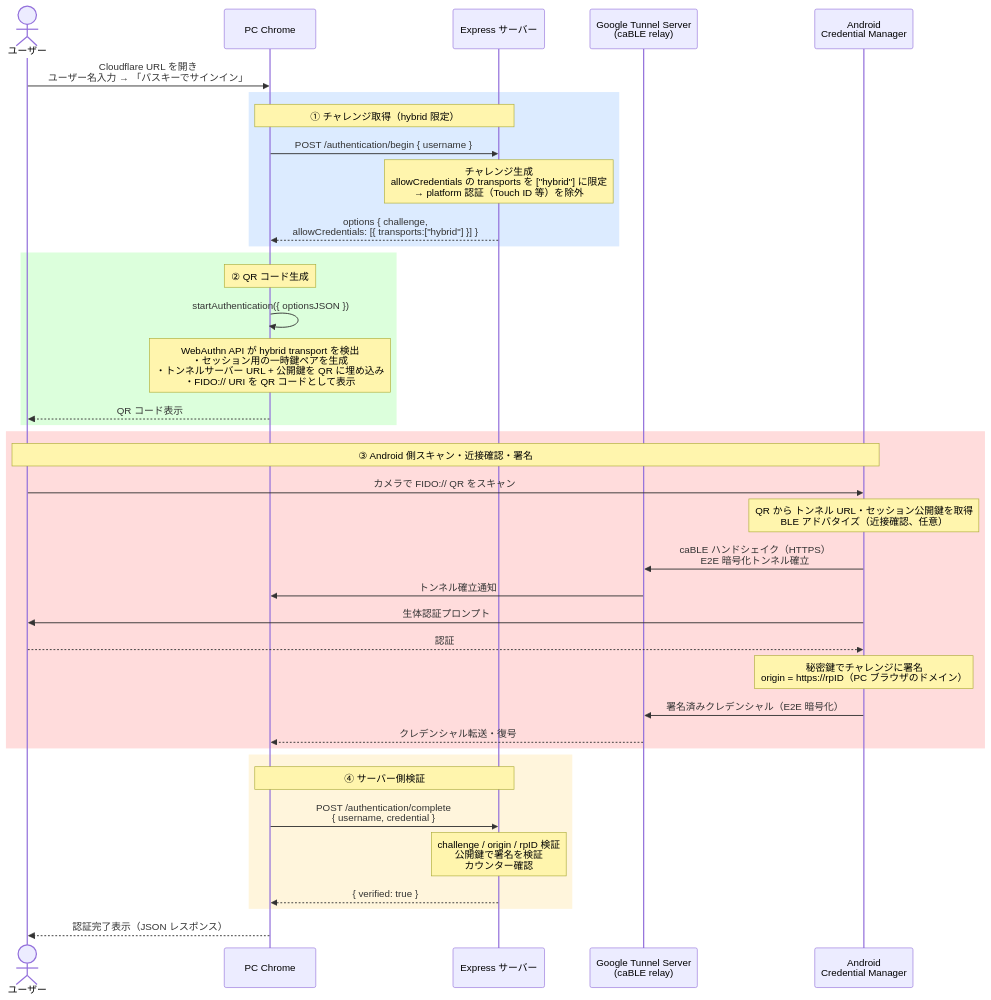
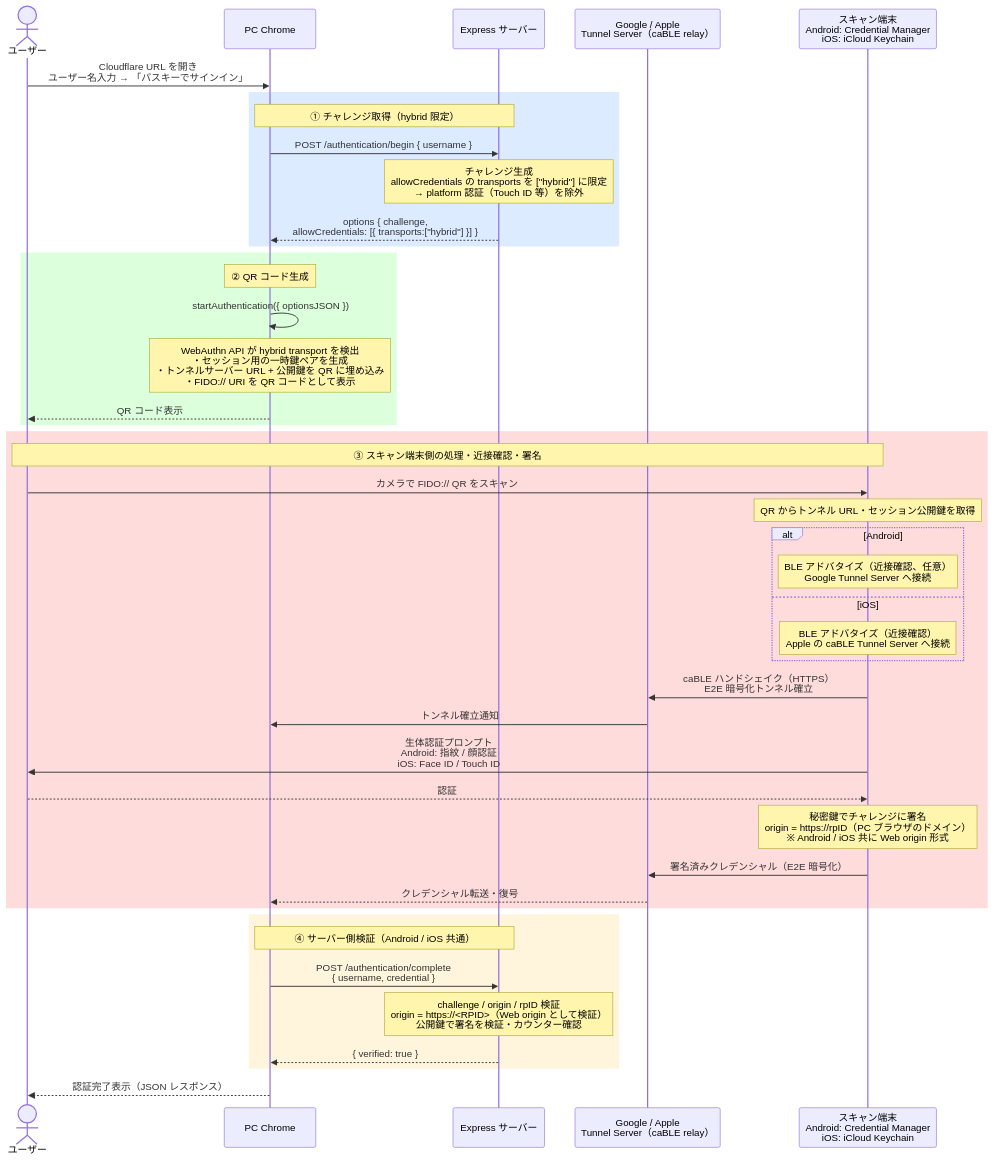
One commit to taka1226s/passkey-poc changed the fourth of 6 diagrams in README.md. Above: the diagram before and after it, drawn with Mermaid. The commit also changed other lines of this file, not shown here.

First line of the commit message:
シーケンス図と処理概要に iOS の差異を追記

````diff
--- a/README.md
+++ b/README.md
@@ -330,46 +370,51 @@
 ```mermaid
 sequenceDiagram
     actor User as ユーザー
     participant Browser as PC Chrome
     participant Server as Express サーバー
-    participant GTS as Google Tunnel Server<br/>(caBLE relay)
-    participant CM as Android<br/>Credential Manager
+    participant GTS as Google / Apple<br/>Tunnel Server（caBLE relay）
+    participant CM as スキャン端末<br/>Android: Credential Manager<br/>iOS: iCloud Keychain
 
     User->>Browser: Cloudflare URL を開き<br/>ユーザー名入力 → 「パスキーでサインイン」
 
     rect rgb(220, 235, 255)
         Note over Browser,Server: ① チャレンジ取得（hybrid 限定）
         Browser->>Server: POST /authentication/begin { username }
         Note over Server: チャレンジ生成<br/>allowCredentials の transports を ["hybrid"] に限定<br/>→ platform 認証（Touch ID 等）を除外
         Server-->>Browser: options { challenge,<br/>allowCredentials: [{ transports:["hybrid"] }] }
     end
 
     rect rgb(220, 255, 220)
         Note over Browser: ② QR コード生成
         Browser->>Browser: startAuthentication({ optionsJSON })
         Note over Browser: WebAuthn API が hybrid transport を検出<br/>・セッション用の一時鍵ペアを生成<br/>・トンネルサーバー URL + 公開鍵を QR に埋め込み<br/>・FIDO:// URI を QR コードとして表示
         Browser-->>User: QR コード表示
     end
 
     rect rgb(255, 220, 220)
-        Note over User,CM: ③ Android 側スキャン・近接確認・署名
+        Note over User,CM: ③ スキャン端末側の処理・近接確認・署名
         User->>CM: カメラで FIDO:// QR をスキャン
-        Note over CM: QR から トンネル URL・セッション公開鍵を取得<br/>BLE アドバタイズ（近接確認、任意）
+        Note over CM: QR からトンネル URL・セッション公開鍵を取得
+        alt Android
+            Note over CM: BLE アドバタイズ（近接確認、任意）<br/>Google Tunnel Server へ接続
+        else iOS
+            Note over CM: BLE アドバタイズ（近接確認）<br/>Apple の caBLE Tunnel Server へ接続
+        end
         CM->>GTS: caBLE ハンドシェイク（HTTPS）<br/>E2E 暗号化トンネル確立
         GTS->>Browser: トンネル確立通知
-        CM->>User: 生体認証プロンプト
+        CM->>User: 生体認証プロンプト<br/>Android: 指紋 / 顔認証<br/>iOS: Face ID / Touch ID
         User-->>CM: 認証
-        Note over CM: 秘密鍵でチャレンジに署名<br/>origin = https://rpID（PC ブラウザのドメイン）
+        Note over CM: 秘密鍵でチャレンジに署名<br/>origin = https://rpID（PC ブラウザのドメイン）<br/>※ Android / iOS 共に Web origin 形式
         CM->>GTS: 署名済みクレデンシャル（E2E 暗号化）
         GTS-->>Browser: クレデンシャル転送・復号
     end
 
     rect rgb(255, 245, 220)
-        Note over Browser,Server: ④ サーバー側検証
+        Note over Browser,Server: ④ サーバー側検証（Android / iOS 共通）
         Browser->>Server: POST /authentication/complete<br/>{ username, credential }
-        Note over Server: challenge / origin / rpID 検証<br/>公開鍵で署名を検証<br/>カウンター確認
+        Note over Server: challenge / origin / rpID 検証<br/>origin = https://<RPID>（Web origin として検証）<br/>公開鍵で署名を検証・カウンター確認
         Server-->>Browser: { verified: true }
     end
 
     Browser-->>User: 認証完了表示（JSON レスポンス）
 ```
````
